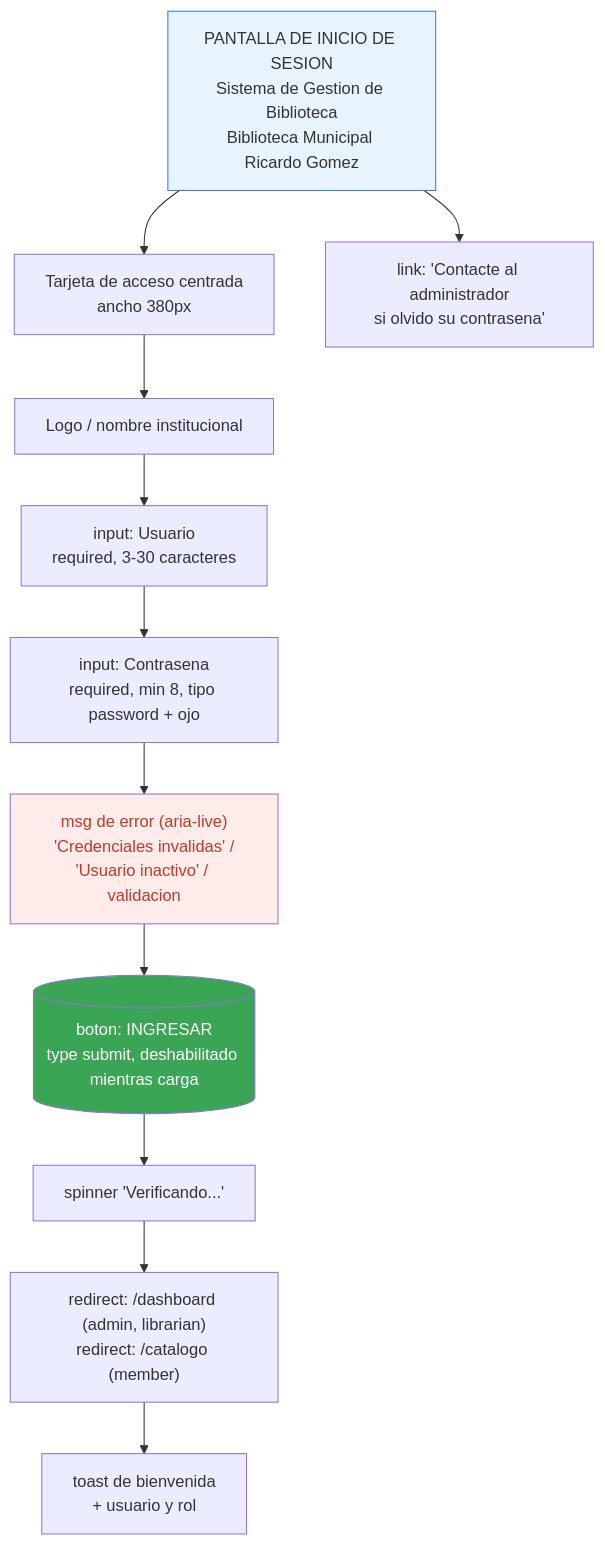
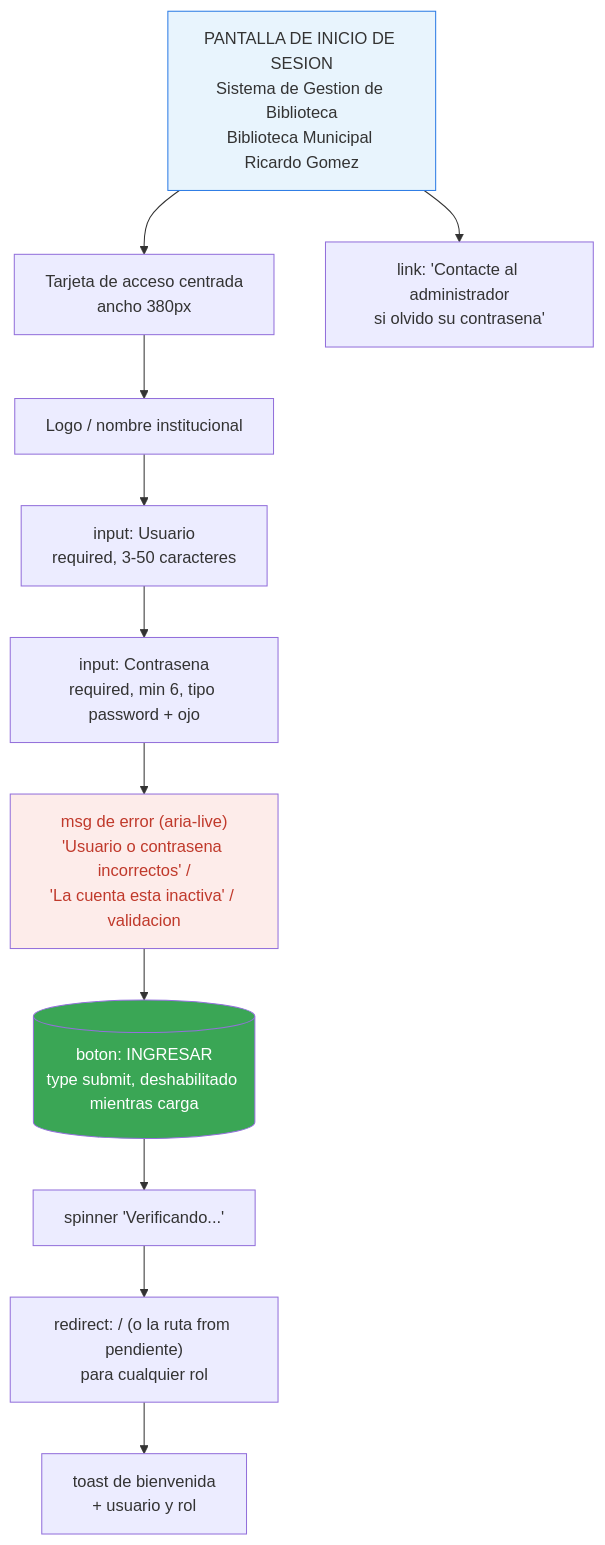
One commit to AngelC00kies/sistema-biblioteca changed the first of 13 diagrams in docs/07-interfaces.md. Above: the diagram before and after it, drawn with Mermaid. The commit also changed other lines of this file and 21 other files, not shown here.

````diff
--- a/docs/07-interfaces.md
+++ b/docs/07-interfaces.md
@@ -12,17 +12,17 @@
 ```mermaid
 graph TD
   L["PANTALLA DE INICIO DE SESION<br/>Sistema de Gestion de Biblioteca<br/>Biblioteca Municipal Ricardo Gomez"] --> CARD["Tarjeta de acceso centrada<br/>ancho 380px"]
   CARD --> T1["Logo / nombre institucional"]
-  T1 --> F1["input: Usuario<br/>required, 3-30 caracteres"]
-  F1 --> F2["input: Contrasena<br/>required, min 8, tipo password + ojo"]
-  F2 --> ERR["msg de error (aria-live)<br/>'Credenciales invalidas' /<br/>'Usuario inactivo' / validacion"]
+  T1 --> F1["input: Usuario<br/>required, 3-50 caracteres"]
+  F1 --> F2["input: Contrasena<br/>required, min 6, tipo password + ojo"]
+  F2 --> ERR["msg de error (aria-live)<br/>'Usuario o contrasena incorrectos' /<br/>'La cuenta esta inactiva' / validacion"]
   ERR --> B1[("boton: INGRESAR<br/>type submit, deshabilitado mientras carga")]
   B1 --> SP["spinner 'Verificando...'"]
-  SP --> OK["redirect: /dashboard (admin, librarian)<br/>redirect: /catalogo (member)"]
+  SP --> OK["redirect: / (o la ruta from pendiente)<br/>para cualquier rol"]
   OK --> TOAST["toast de bienvenida<br/>+ usuario y rol"]
   L --> LINK["link: 'Contacte al administrador<br/>si olvido su contrasena'"]
 
   style L fill:#e8f4fd,stroke:#2c7be5
   style B1 fill:#3aa655,color:#fff
   style ERR fill:#fdecea,color:#c0392b
 ```
````
